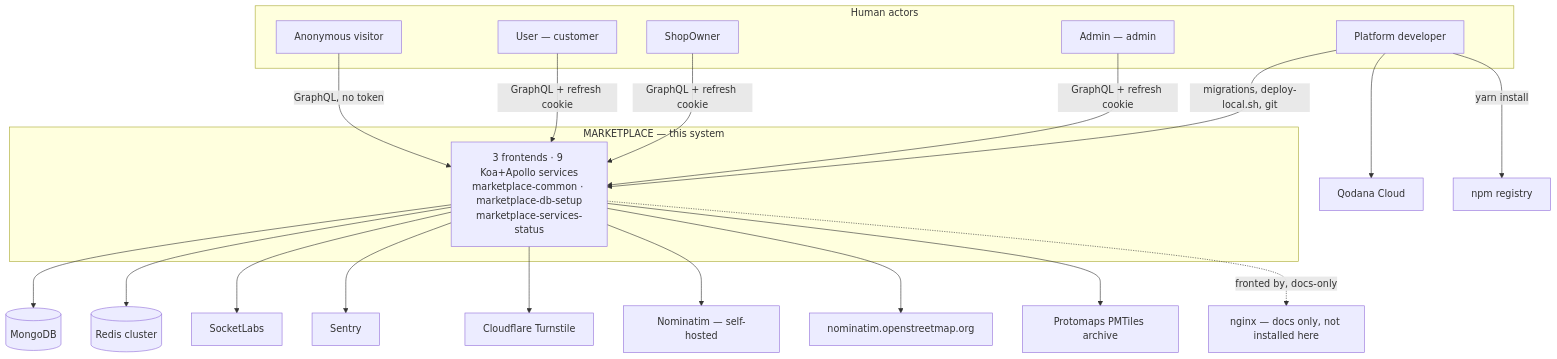
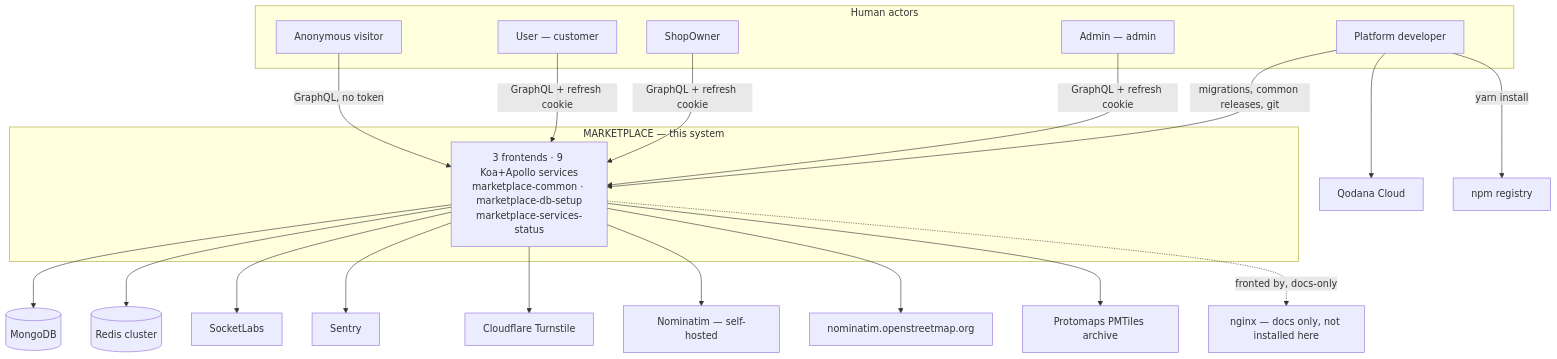
The diagram in docs/devprotocol/phase3/C4_CONTEXT.md (Axiumine/fullstack-marketplace-blueprint), drawn with Mermaid before and after one commit. The commit also changed other lines of this file and 36 other files, not shown here.

````diff
--- a/docs/devprotocol/phase3/C4_CONTEXT.md
+++ b/docs/devprotocol/phase3/C4_CONTEXT.md
@@ -42,44 +47,44 @@
 ```mermaid
 graph TB
     subgraph Actors["Human actors"]
         Anon[Anonymous visitor]
         Cust["User — customer"]
         Owner[ShopOwner]
         Op["Admin — admin"]
         Dev[Platform developer]
     end
 
     subgraph SYS["MARKETPLACE — this system"]
         M["3 frontends · 9 Koa+Apollo services<br/>marketplace-common · marketplace-db-setup<br/>marketplace-services-status"]
     end
 
     Mongo[(MongoDB)]
     Redis[(Redis cluster)]
     Socket[SocketLabs]
     Sentry[Sentry]
     NomA["Nominatim — self-hosted"]
     NomB["nominatim.openstreetmap.org"]
     Turn["Cloudflare Turnstile"]
     PM["Protomaps PMTiles archive"]
     NG["nginx — docs only, not installed here"]
     Qodana["Qodana Cloud"]
     NPM["npm registry"]
 
     Anon -->|"GraphQL, no token"| M
     Cust -->|"GraphQL + refresh cookie"| M
     Owner -->|"GraphQL + refresh cookie"| M
     Op -->|"GraphQL + refresh cookie"| M
-    Dev -->|"migrations, deploy-local.sh, git"| M
+    Dev -->|"migrations, common releases, git"| M
 
     M --> Mongo
     M --> Redis
     M --> Socket
     M --> Sentry
     M --> Turn
     M --> NomA
     M --> NomB
     M --> PM
     M -.fronted by, docs-only.-> NG
     Dev --> Qodana
     Dev -->|"yarn install"| NPM
 ```
````
